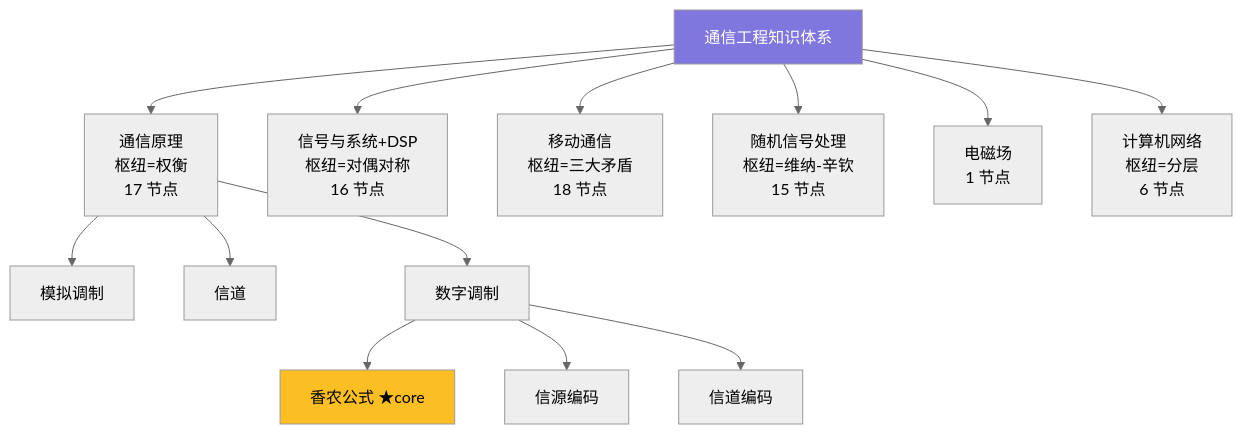
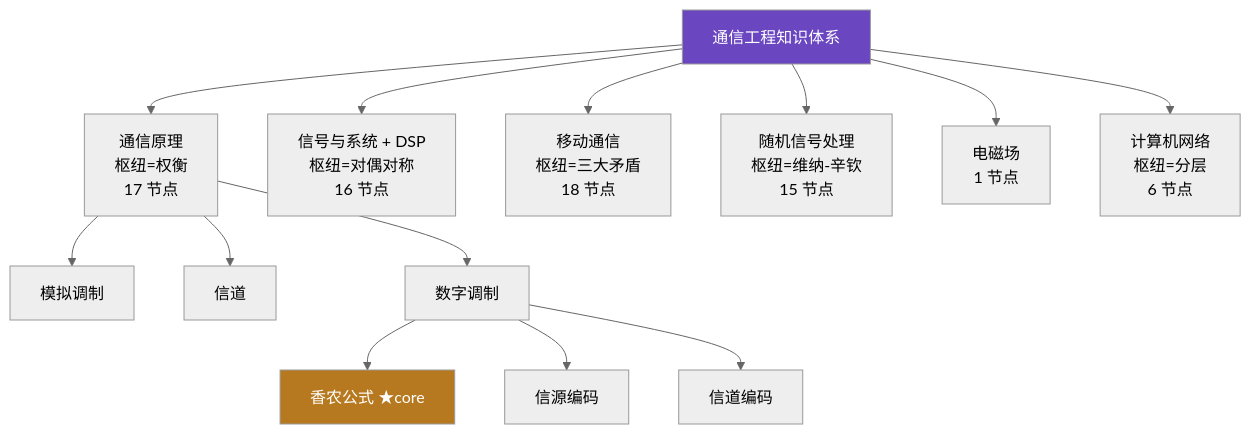
One commit to Baixiaodou/comm-knowledge-graph changed the second of 3 diagrams in README.md. Above: the diagram before and after it, drawn with Mermaid (neutral theme). The commit also changed other lines of this file, not shown here.

````diff
--- a/README.md
+++ b/README.md
@@ -160,19 +157,19 @@
 ```mermaid
 graph TB
     ROOT[通信工程知识体系] --> COMM[通信原理<br/>枢纽=权衡<br/>17 节点]
-    ROOT --> DSP[信号与系统+DSP<br/>枢纽=对偶对称<br/>16 节点]
+    ROOT --> DSP[信号与系统 + DSP<br/>枢纽=对偶对称<br/>16 节点]
     ROOT --> MOB[移动通信<br/>枢纽=三大矛盾<br/>18 节点]
     ROOT --> RSP[随机信号处理<br/>枢纽=维纳-辛钦<br/>15 节点]
     ROOT --> EMF[电磁场<br/>1 节点]
     ROOT --> NET[计算机网络<br/>枢纽=分层<br/>6 节点]
 
     COMM --> C1[模拟调制]
     COMM --> C2[信道]
     COMM --> C3[数字调制]
     C3 --> C31[香农公式 ★core]
     C3 --> C32[信源编码]
     C3 --> C33[信道编码]
 
-    style ROOT fill:#7f77dd,color:#fff
-    style C31 fill:#fbbf24,color:#000
+    style ROOT fill:#6b46c1,color:#fff
+    style C31 fill:#b7791f,color:#fff
 ```
````
